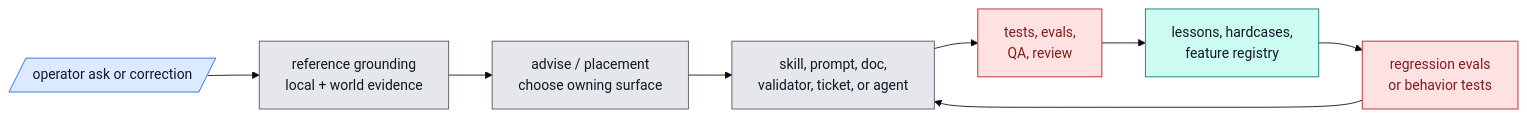
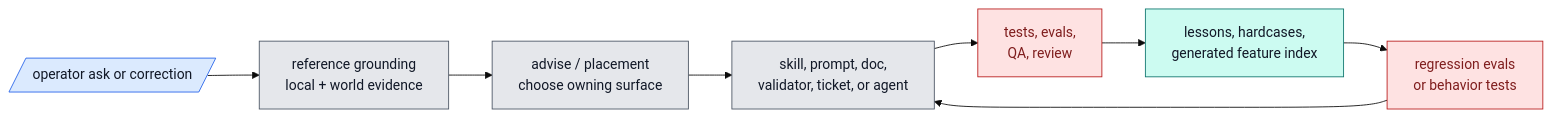
The third of 3 diagrams in README.md (ZanarkandTechnologies/Farplane), drawn with Mermaid (base theme) before and after one commit. The commit also changed other lines of this file and 65 other files, not shown here.

Commit message:
Revamp docs feature registry lifecycle

````diff
--- a/README.md
+++ b/README.md
@@ -186,15 +186,15 @@
 ```mermaid
 flowchart LR
   classDef input fill:#dbeafe,stroke:#2563eb,color:#111827
   classDef surface fill:#e5e7eb,stroke:#4b5563,color:#111827
   classDef proof fill:#fee2e2,stroke:#b91c1c,color:#7f1d1d
   classDef learn fill:#ccfbf1,stroke:#0f766e,color:#111827
 
   ask[/operator ask or correction/]:::input --> ground["reference grounding<br/>local + world evidence"]:::surface
   ground --> decide["advise / placement<br/>choose owning surface"]:::surface
   decide --> change["skill, prompt, doc,<br/>validator, ticket, or agent"]:::surface
   change --> verify["tests, evals,<br/>QA, review"]:::proof
-  verify --> capture["lessons, hardcases,<br/>feature registry"]:::learn
+  verify --> capture["lessons, hardcases,<br/>generated feature index"]:::learn
   capture --> evals["regression evals<br/>or behavior tests"]:::proof
   evals --> change
 ```
````
